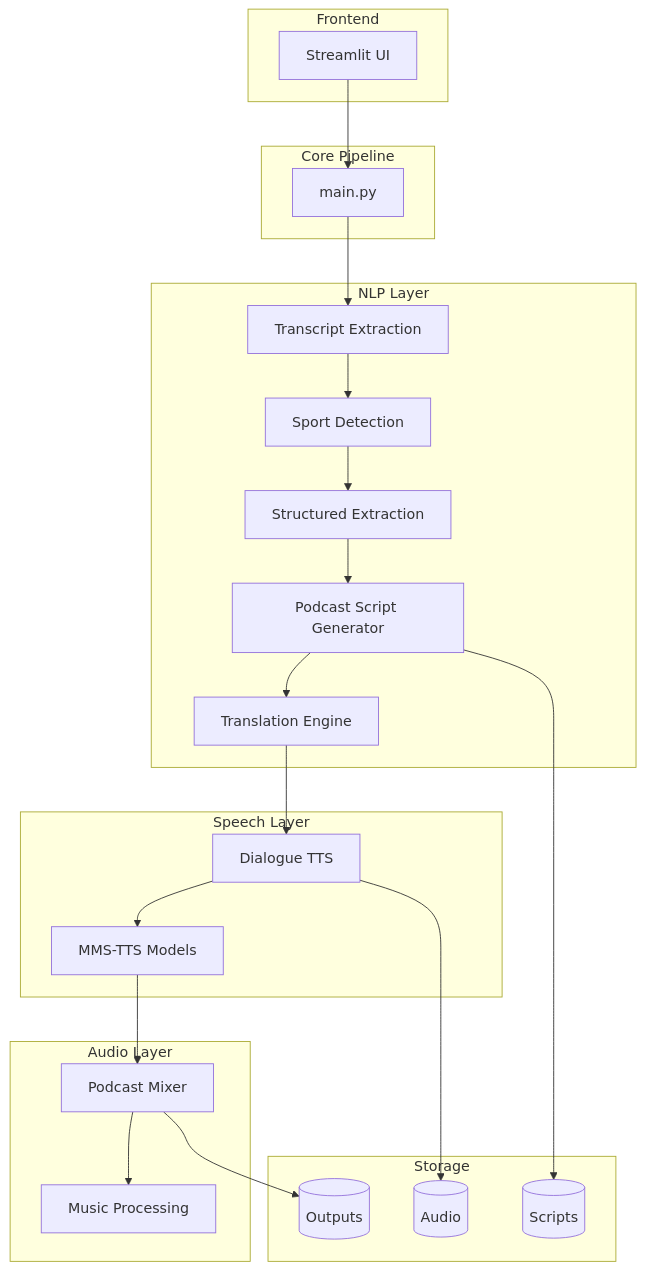
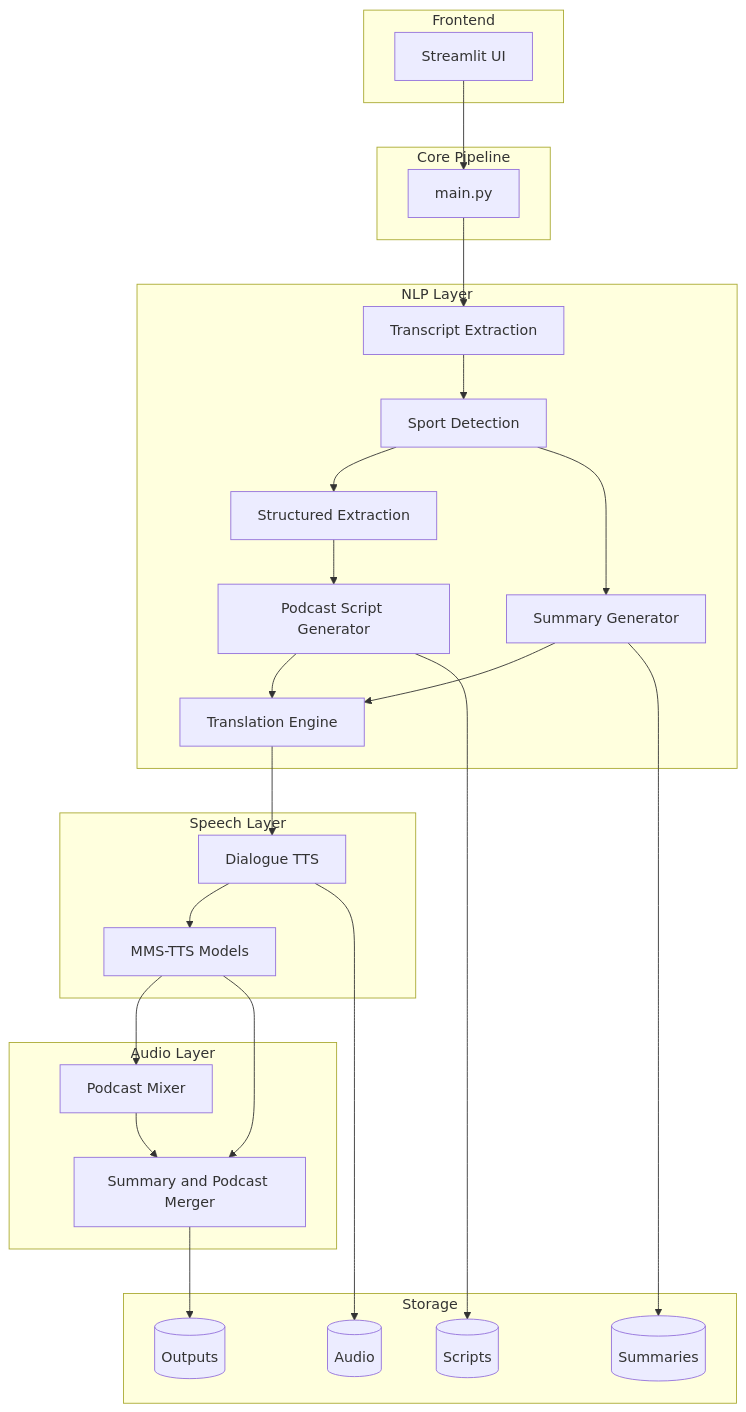
One commit to sahaniom/Podcast-Generator changed the fifth of 5 diagrams in docs/5_dfd.md. Above: the diagram before and after it, drawn with Mermaid. The commit also changed other lines of this file and 4 other files, not shown here.

````diff
--- a/docs/5_dfd.md
+++ b/docs/5_dfd.md
@@ -222,53 +243,59 @@
 ```mermaid
 graph TD
 
     subgraph Frontend
         A[Streamlit UI]
     end
 
     subgraph Core Pipeline
         B[main.py]
     end
 
     subgraph NLP Layer
         C[Transcript Extraction]
         D[Sport Detection]
         E[Structured Extraction]
-        F[Podcast Script Generator]
-        G[Translation Engine]
+        F[Summary Generator]
+        G[Podcast Script Generator]
+        H[Translation Engine]
     end
 
     subgraph Speech Layer
-        H[Dialogue TTS]
-        I[MMS-TTS Models]
+        I[Dialogue TTS]
+        J[MMS-TTS Models]
     end
 
     subgraph Audio Layer
-        J[Podcast Mixer]
-        K[Music Processing]
+        K[Podcast Mixer]
+        L[Summary and Podcast Merger]
     end
 
     subgraph Storage
-        L[(Scripts)]
-        M[(Audio)]
-        N[(Outputs)]
+        M[(Scripts)]
+        N[(Summaries)]
+        O[(Audio)]
+        P[(Outputs)]
     end
 
     A --> B
 
     B --> C
     C --> D
     D --> E
-    E --> F
-    F --> G
+    D --> F
+    E --> G
+    F --> H
+    G --> H
 
-    G --> H
     H --> I
+    I --> J
 
-    I --> J
     J --> K
+    J --> L
+    K --> L
 
-    F --> L
-    H --> M
-    J --> N
+    F --> N
+    G --> M
+    I --> O
+    L --> P
 ```
````
